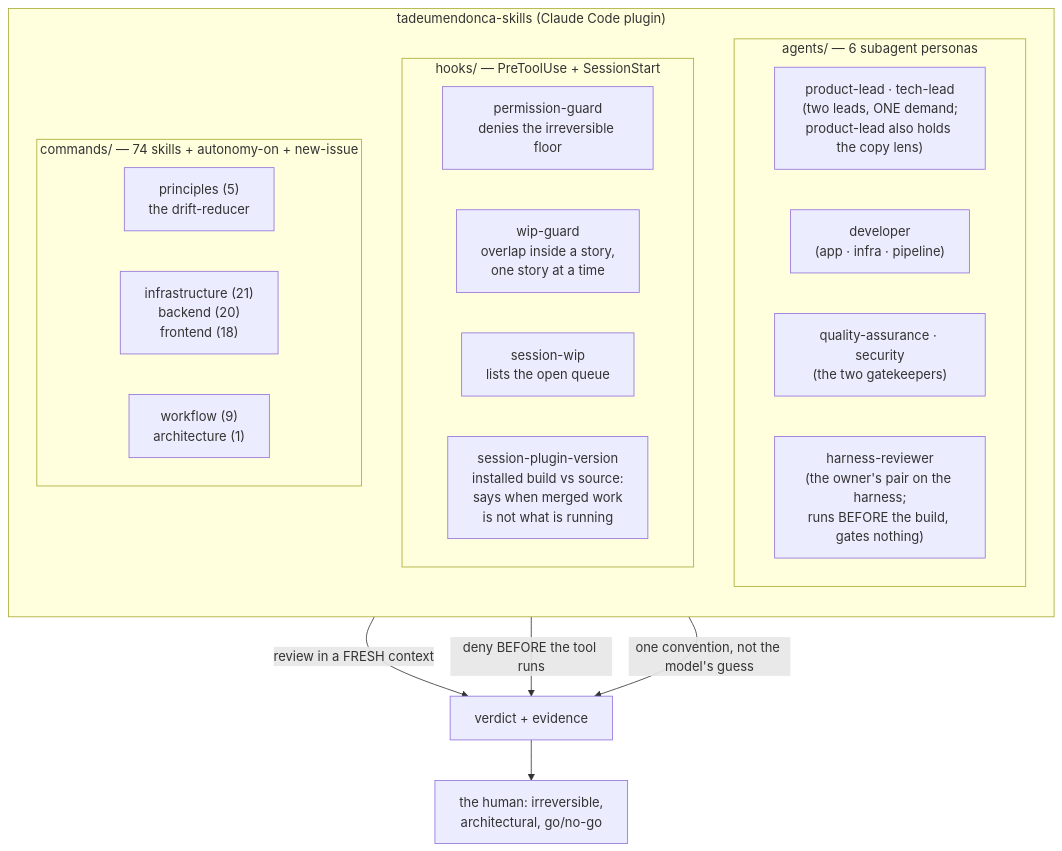
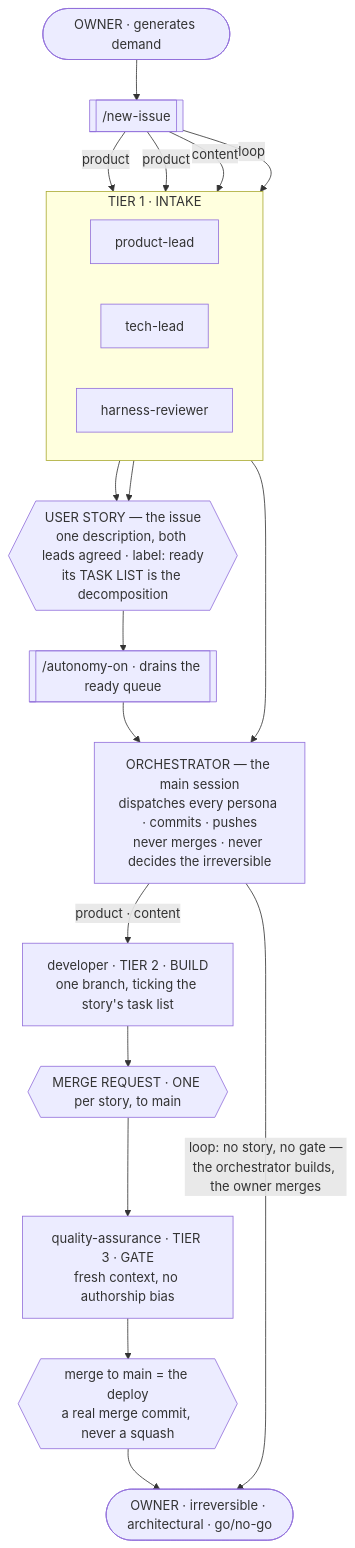
One commit to tedeuxx/tadeumendonca-skills changed the first of 4 diagrams in README.md. Above: the diagram before and after it, drawn with Mermaid. The commit also changed other lines of this file and 20 other files, not shown here.

````diff
--- a/README.md
+++ b/README.md
@@ -52,34 +100,42 @@
 ```mermaid
 flowchart TB
-  subgraph plugin["tadeumendonca-skills (Claude Code plugin)"]
-    direction TB
+  O(["OWNER · generates demand"])
+  NI[["/new-issue"]]
 
-    subgraph personas["agents/ — 6 subagent personas"]
-      direction LR
-      P1["product-lead · tech-lead<br/>(two leads, ONE demand;<br/>product-lead also holds the copy lens)"]
-      P2["developer<br/>(app · infra · pipeline)"]
-      P3["quality-assurance · security<br/>(the two gatekeepers)"]
-      P4["harness-reviewer<br/>(the owner's pair on the harness;<br/>runs BEFORE the build, gates nothing)"]
-    end
-
-    subgraph hooks["hooks/ — PreToolUse + SessionStart"]
-      direction LR
-      H1["permission-guard<br/>denies the irreversible floor"]
-      H2["wip-guard<br/>overlap inside a story,<br/>one story at a time"]
-      H3["session-wip<br/>lists the open queue"]
-      H4["session-plugin-version<br/>installed build vs source:<br/>says when merged work<br/>is not what is running"]
-    end
-
-    subgraph skills["commands/ — 74 skills + autonomy-on + new-issue"]
-      direction LR
-      S1["principles (5)<br/>the drift-reducer"]
-      S2["infrastructure (21)<br/>backend (20)<br/>frontend (18)"]
-      S3["workflow (9)<br/>architecture (1)"]
-    end
+  subgraph T1["TIER 1 · INTAKE"]
+    direction LR
+    PL["product-lead"]
+    TL["tech-lead"]
+    HR["harness-reviewer"]
   end
 
-  personas -->|"review in a FRESH context"| verdict["verdict + evidence"]
-  hooks -->|"deny BEFORE the tool runs"| verdict
-  skills -->|"one convention, not the model's guess"| verdict
-  verdict --> human["the human: irreversible,<br/>architectural, go/no-go"]
+  US{{"USER STORY — the issue<br/>one description, both leads agreed · label: ready<br/>its TASK LIST is the decomposition"}}
+  AO[["/autonomy-on · drains the ready queue"]]
+
+  ORCH["ORCHESTRATOR — the main session<br/>dispatches every persona · commits · pushes<br/>never merges · never decides the irreversible"]
+
+  DEV["developer · TIER 2 · BUILD<br/>one branch, ticking the story's task list"]
+  MR{{"MERGE REQUEST · ONE per story, to main"}}
+  QA["quality-assurance · TIER 3 · GATE<br/>fresh context, no authorship bias"]
+  M{{"merge to main = the deploy<br/>a real merge commit, never a squash"}}
+  OUT(["OWNER · irreversible · architectural · go/no-go"])
+
+  O --> NI
+  NI -->|product| PL
+  NI -->|product| TL
+  NI -->|content| PL
+  NI -->|loop| HR
+
+  PL --> US
+  TL --> US
+  US --> AO
+  AO --> ORCH
+  ORCH -->|"product · content"| DEV
+  DEV --> MR
+  MR --> QA
+  QA --> M
+  M --> OUT
+
+  HR --> ORCH
+  ORCH -->|"loop: no story, no gate —<br/>the orchestrator builds, the owner merges"| OUT
 ```
````
